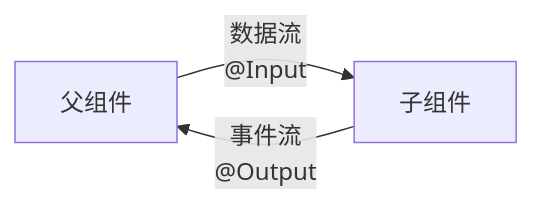
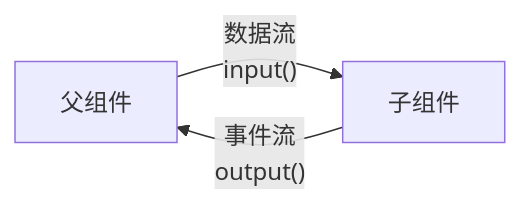
One commit to KMaybe01/common changed diagram 17 of 17 in S2-框架深入/05-Angular20学习指南.md. Above: the diagram before and after it, drawn with Mermaid. The commit also changed other lines of this file, not shown here.

````diff
--- a/S2-框架深入/05-Angular20学习指南.md
+++ b/S2-框架深入/05-Angular20学习指南.md
@@ -2215,5 +2220,5 @@
 ```mermaid
 graph LR
-    A["父组件"] -->|"数据流<br/>@Input"| B["子组件"]
-    B -->|"事件流<br/>@Output"| A
+    A["父组件"] -->|"数据流<br/>input()"| B["子组件"]
+    B -->|"事件流<br/>output()"| A
 ```
````
